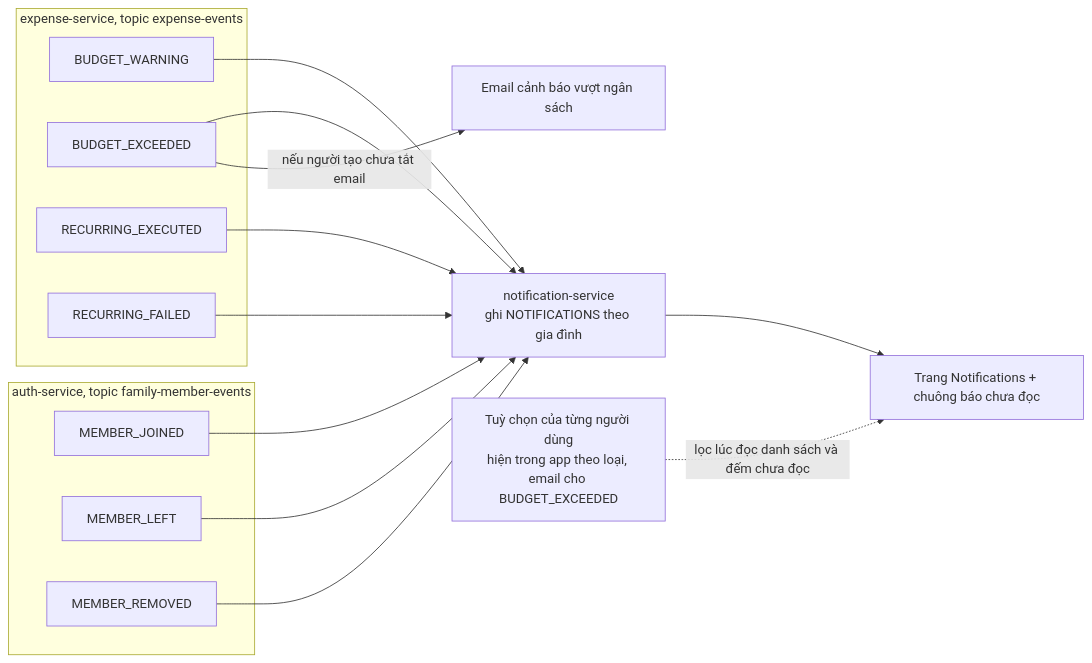
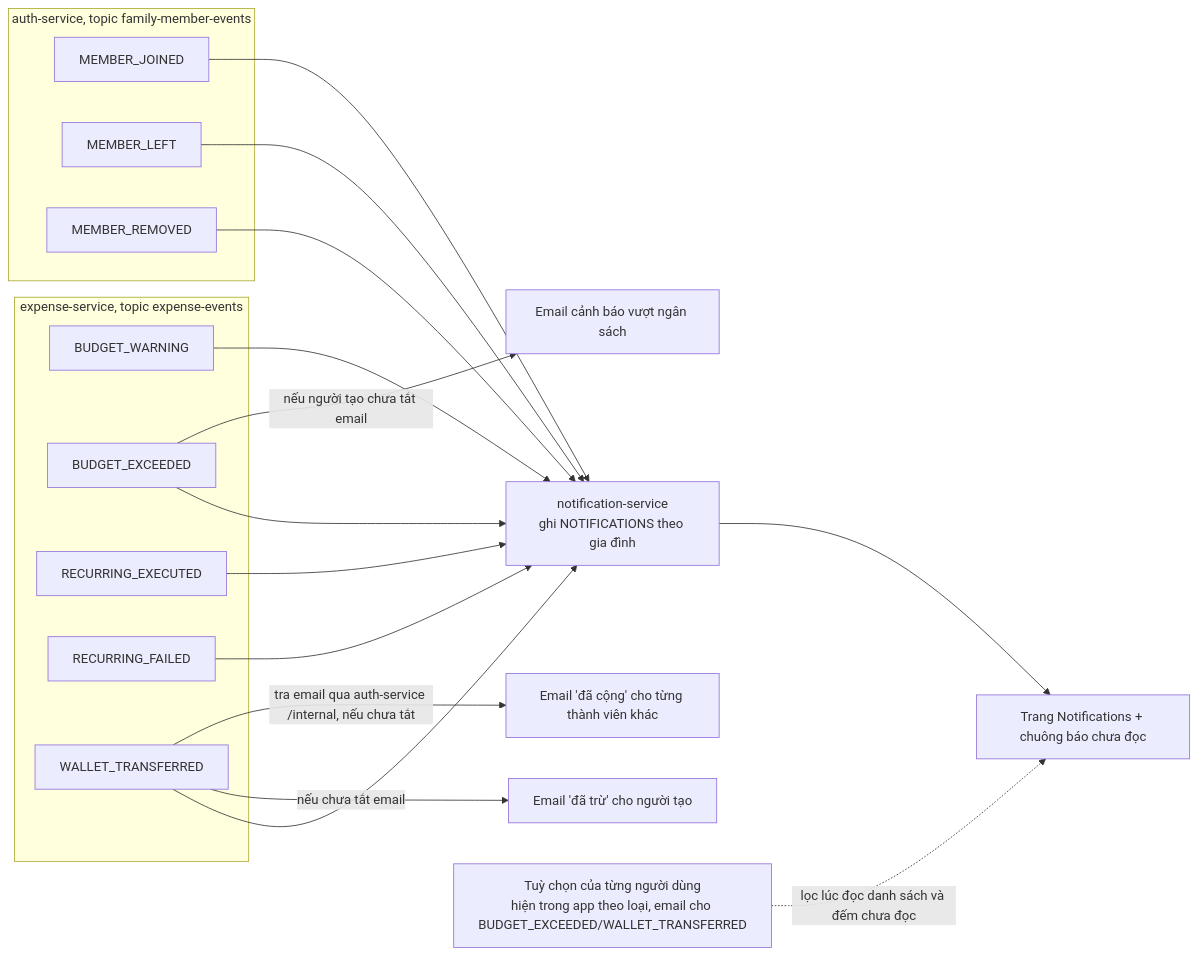
Diagram 28 of 36 in README.md (boyquynhluu/family-expense-manager), drawn with Mermaid before and after one commit. The commit also changed other lines of this file and 80 other files, not shown here.

````diff
--- a/README.md
+++ b/README.md
@@ -809,24 +824,28 @@
 ```mermaid
 flowchart LR
     subgraph EXP["expense-service, topic expense-events"]
         E1["BUDGET_WARNING"]
         E2["BUDGET_EXCEEDED"]
         E3["RECURRING_EXECUTED"]
         E4["RECURRING_FAILED"]
+        E5["WALLET_TRANSFERRED"]
     end
     subgraph AUTHS["auth-service, topic family-member-events"]
         A1["MEMBER_JOINED"]
         A2["MEMBER_LEFT"]
         A3["MEMBER_REMOVED"]
     end
     E1 --> N["notification-service<br/>ghi NOTIFICATIONS theo gia đình"]
     E2 --> N
     E3 --> N
     E4 --> N
+    E5 --> N
     A1 --> N
     A2 --> N
     A3 --> N
     E2 -->|"nếu người tạo chưa tắt email"| M["Email cảnh báo vượt ngân sách"]
+    E5 -->|"nếu chưa tắt email"| W1["Email 'đã trừ' cho người tạo"]
+    E5 -->|"tra email qua auth-service /internal, nếu chưa tắt"| W2["Email 'đã cộng' cho từng thành viên khác"]
     N --> UI["Trang Notifications + chuông báo chưa đọc"]
-    P["Tuỳ chọn của từng người dùng<br/>hiện trong app theo loại, email cho BUDGET_EXCEEDED"] -.->|"lọc lúc đọc danh sách và đếm chưa đọc"| UI
+    P["Tuỳ chọn của từng người dùng<br/>hiện trong app theo loại, email cho BUDGET_EXCEEDED/WALLET_TRANSFERRED"] -.->|"lọc lúc đọc danh sách và đếm chưa đọc"| UI
 ```
````
